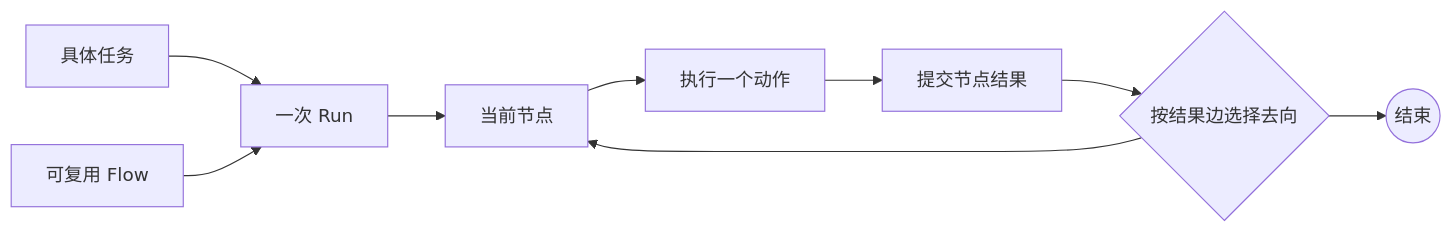
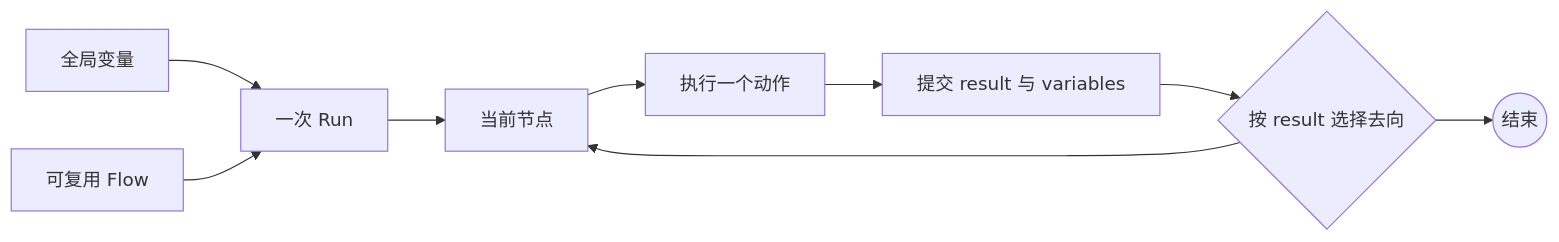
Before and after one commit to JhihJian/Agent-Flow-Runtime: the diagram in docs/flow-overview.md, drawn with Mermaid. The commit also changed other lines of this file and 48 other files, not shown here.

Commit message:
完善 Flow 运行时变量上下文与发布验证

````diff
--- a/docs/flow-overview.md
+++ b/docs/flow-overview.md
@@ -46,11 +33,11 @@
 ```mermaid
 flowchart LR
-  task[具体任务] --> run[一次 Run]
+  vars[全局变量] --> run[一次 Run]
   flow[可复用 Flow] --> run
   run --> node[当前节点]
   node --> action[执行一个动作]
-  action --> outcome[提交节点结果]
-  outcome --> route{按结果边选择去向}
+  action --> result[提交 result 与 variables]
+  result --> route{按 result 选择去向}
   route --> node
   route --> finish((结束))
 ```
````
